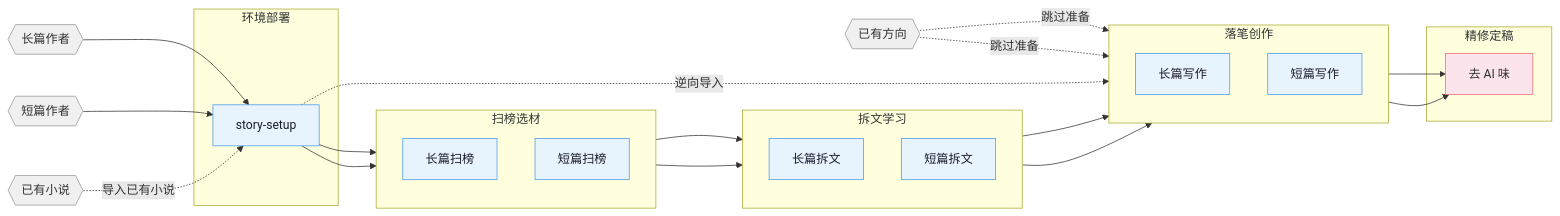
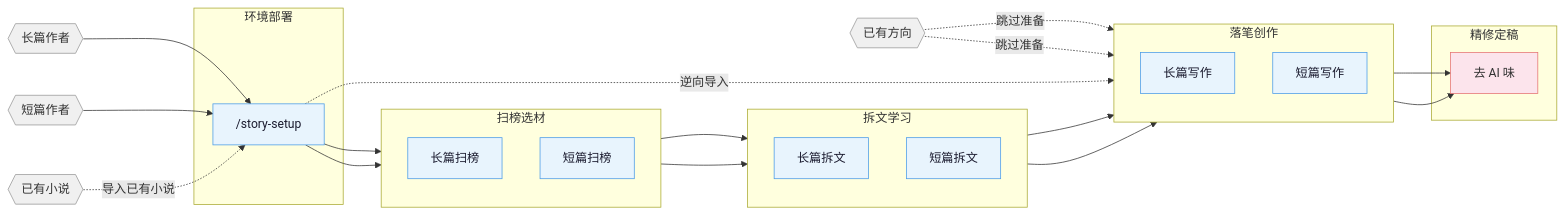
One commit to ronghuaxueleng/oh-story-claudecode changed the diagram in README.md. Above: the diagram before and after it, drawn with Mermaid. The commit also changed other lines of this file and 15 other files, not shown here.

````diff
--- a/README.md
+++ b/README.md
@@ -17,52 +21,52 @@
 ```mermaid
 flowchart LR
     classDef entry fill:#f0f0f0,color:#333,stroke:#999,stroke-width:1px
     classDef phase fill:#e8f4fd,color:#1a1a2e,stroke:#4a9be8,stroke-width:1px
     classDef final fill:#fce4ec,color:#333,stroke:#e57373,stroke-width:1px
 
     entry_l{{"长篇作者"}}:::entry
     entry_s{{"短篇作者"}}:::entry
     entry_r{{"已有方向"}}:::entry
     entry_i{{"已有小说"}}:::entry
 
     subgraph S0 ["  环境部署"]
-        setup["story-setup"]:::phase
+        setup["/story-setup"]:::phase
     end
 
     subgraph S1 ["  扫榜选材"]
         direction TB
         scan_l["长篇扫榜"]:::phase
         scan_s["短篇扫榜"]:::phase
     end
 
     subgraph S2 ["  拆文学习"]
         direction TB
         analyze_l["长篇拆文"]:::phase
         analyze_s["短篇拆文"]:::phase
     end
 
     subgraph S3 ["  落笔创作"]
         direction TB
         write_l["长篇写作"]:::phase
         write_s["短篇写作"]:::phase
     end
 
     subgraph S4 ["  精修定稿"]
         deslop["去 AI 味"]:::final
     end
 
     entry_l --> setup
     entry_s --> setup
     setup --> scan_l
     setup --> scan_s
     scan_l --> analyze_l
     scan_s --> analyze_s
     analyze_l --> write_l
     analyze_s --> write_s
     entry_r -.->|跳过准备| write_l
     entry_r -.->|跳过准备| write_s
     entry_i -.->|导入已有小说| setup
     setup -.->|逆向导入| write_l
     write_l --> deslop
     write_s --> deslop
 ```
````
